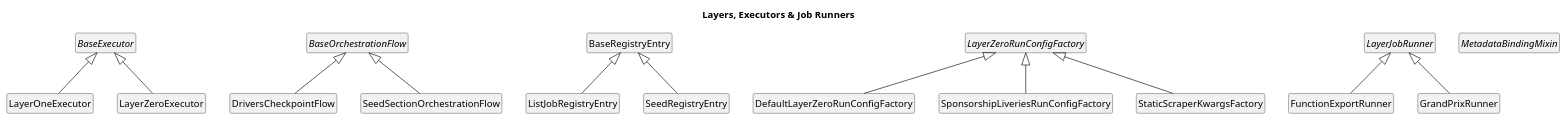
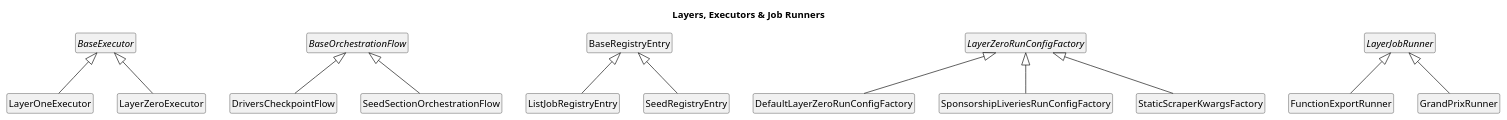
Before and after one commit to bgembalczyk/F1: the diagram in docs/uml/inheritance/infrastructure/03_layers.puml, drawn with PlantUML. The commit also changed 36 other files, not shown here.

First line of the commit message:
Remove unused classes: CompositeRecordValidator, WikiList/Navbox/ParagraphElementParserABC, MetadataBindingMixin, Extractor, ScraperLifecycleProtocol/Capabilities, IdentityDomainMapper, DomainMapperABC, ValidatingSectionServiceFactory, SectionTableParseMixin; update UML diagrams

```diff
--- a/docs/uml/inheritance/infrastructure/03_layers.puml
+++ b/docs/uml/inheritance/infrastructure/03_layers.puml
@@ -1,37 +1,36 @@
 @startuml
 title Layers, Executors & Job Runners
 skinparam classAttributeIconSize 0
 hide empty members
 hide circle
 
 abstract class BaseExecutor
 abstract class BaseOrchestrationFlow
 class BaseRegistryEntry
 class DefaultLayerZeroRunConfigFactory
 class DriversCheckpointFlow
 class FunctionExportRunner
 class GrandPrixRunner
 abstract class LayerJobRunner
 class LayerOneExecutor
 class LayerZeroExecutor
 abstract class LayerZeroRunConfigFactory
 class ListJobRegistryEntry
-abstract class MetadataBindingMixin
 class SeedRegistryEntry
 class SeedSectionOrchestrationFlow
 class SponsorshipLiveriesRunConfigFactory
 class StaticScraperKwargsFactory
 
 LayerZeroRunConfigFactory <|-- DefaultLayerZeroRunConfigFactory
 BaseOrchestrationFlow <|-- DriversCheckpointFlow
 LayerJobRunner <|-- FunctionExportRunner
 LayerJobRunner <|-- GrandPrixRunner
 BaseExecutor <|-- LayerOneExecutor
 BaseExecutor <|-- LayerZeroExecutor
 BaseRegistryEntry <|-- ListJobRegistryEntry
 BaseRegistryEntry <|-- SeedRegistryEntry
 BaseOrchestrationFlow <|-- SeedSectionOrchestrationFlow
 LayerZeroRunConfigFactory <|-- SponsorshipLiveriesRunConfigFactory
 LayerZeroRunConfigFactory <|-- StaticScraperKwargsFactory
 
 @enduml
```
